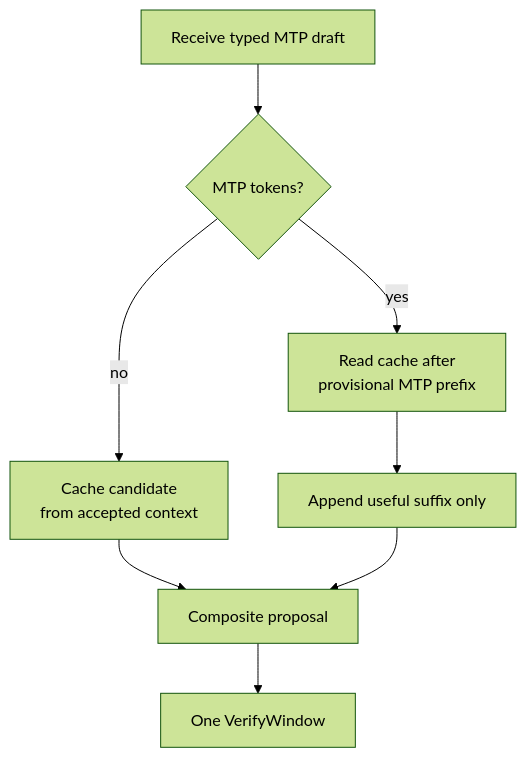
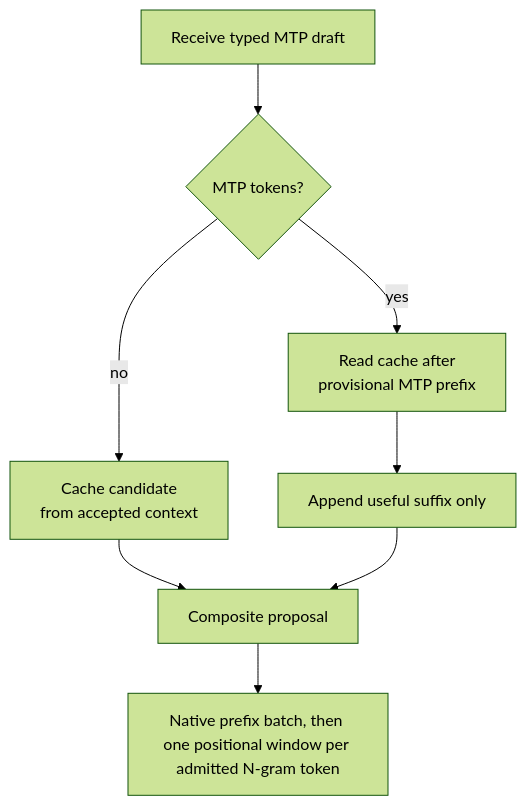
One commit to B-A-M-N/mesh-llm changed the third of 8 diagrams in docs/skippy/PIPELINED_VERIFY_WINDOW.md. Above: the diagram before and after it, drawn with Mermaid (forest theme). The commit also changed other lines of this file and 33 other files, not shown here.

````diff
--- a/docs/skippy/PIPELINED_VERIFY_WINDOW.md
+++ b/docs/skippy/PIPELINED_VERIFY_WINDOW.md
@@ -73,10 +85,10 @@
 ```mermaid
 flowchart TD
   D["Receive typed MTP draft"] --> Q{"MTP tokens?"}
   Q -->|"no"| P["Cache candidate\nfrom accepted context"]
   Q -->|"yes"| H["Read cache after\nprovisional MTP prefix"]
   H --> X["Append useful suffix only"]
   P --> C["Composite proposal"]
   X --> C
-  C --> V["One VerifyWindow"]
+  C --> V["Native prefix batch, then one positional window per admitted N-gram token"]
 ```
````
